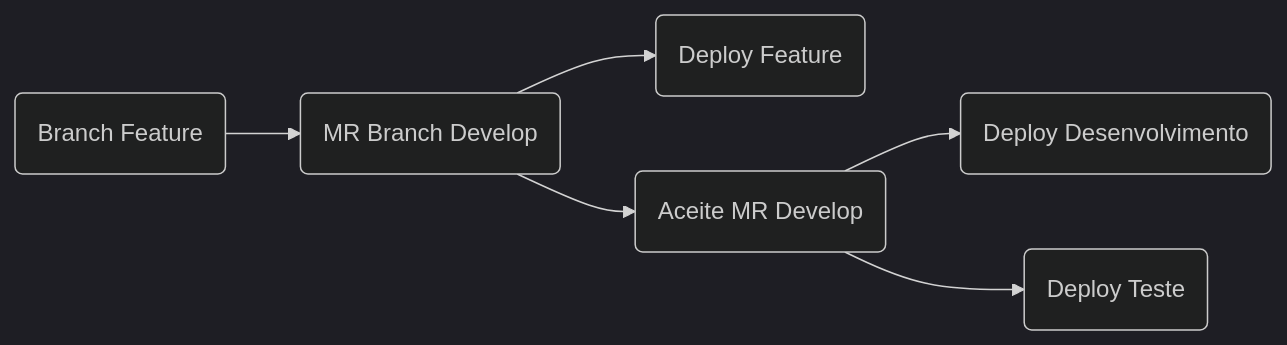
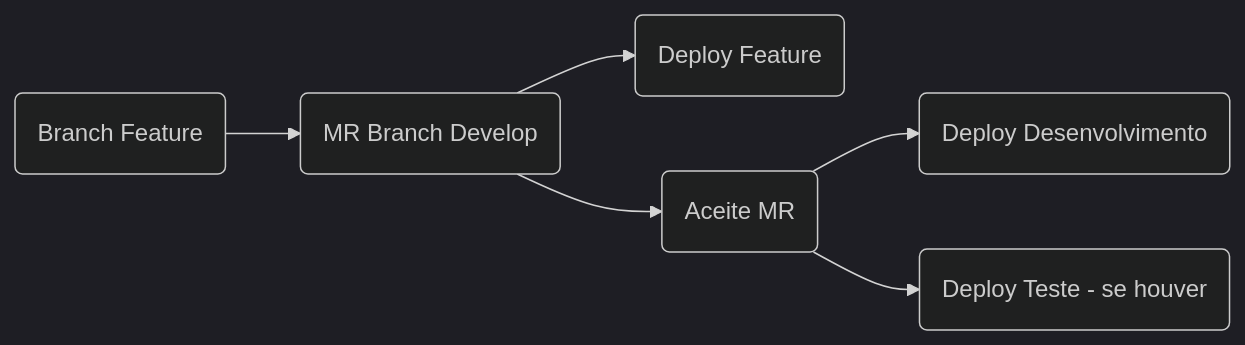
The first of 3 diagrams in cgs/repo-gitlab/pipeline.md (CAPES/guia), drawn with Mermaid (dark theme) before and after one commit. The commit also changed other lines of this file, not shown here.

````diff
--- a/cgs/repo-gitlab/pipeline.md
+++ b/cgs/repo-gitlab/pipeline.md
@@ -34,8 +34,8 @@
 ```mermaid
 graph LR
     A(Branch Feature) --> B(MR Branch Develop)
     B --> B1(Deploy Feature)
-    B --> C(Aceite MR Develop)
+    B --> C(Aceite MR)
     C --> C1(Deploy Desenvolvimento)
-    C --> C2(Deploy Teste)    
+    C --> C2(Deploy Teste - se houver)    
 ```
````
